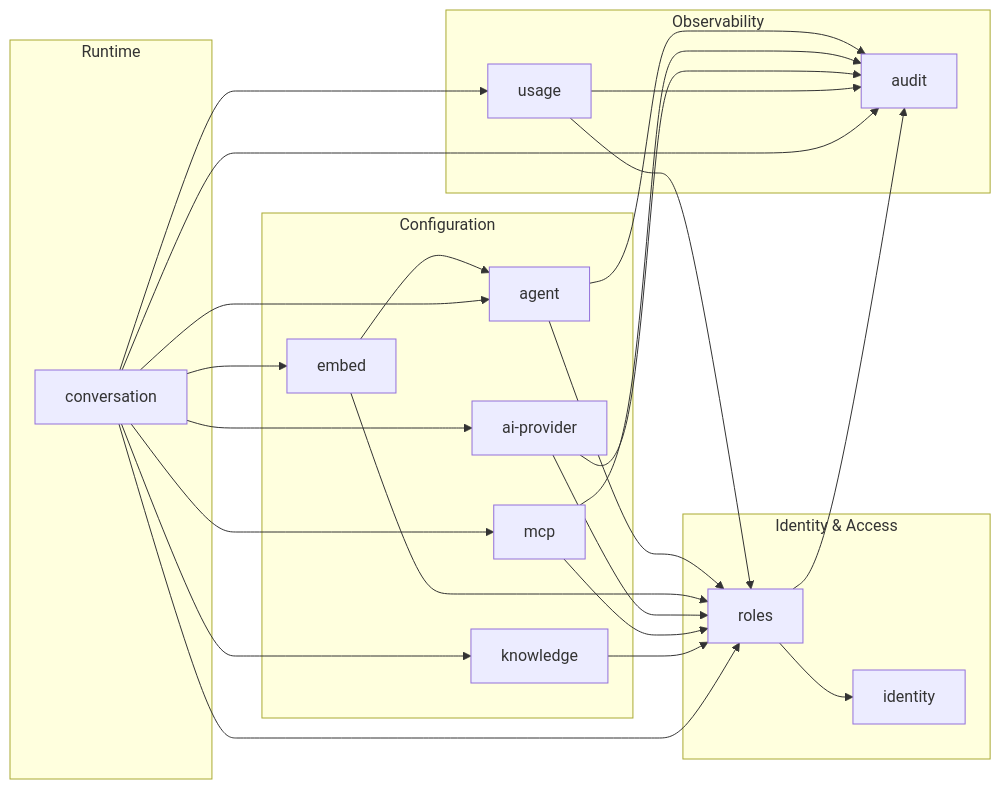
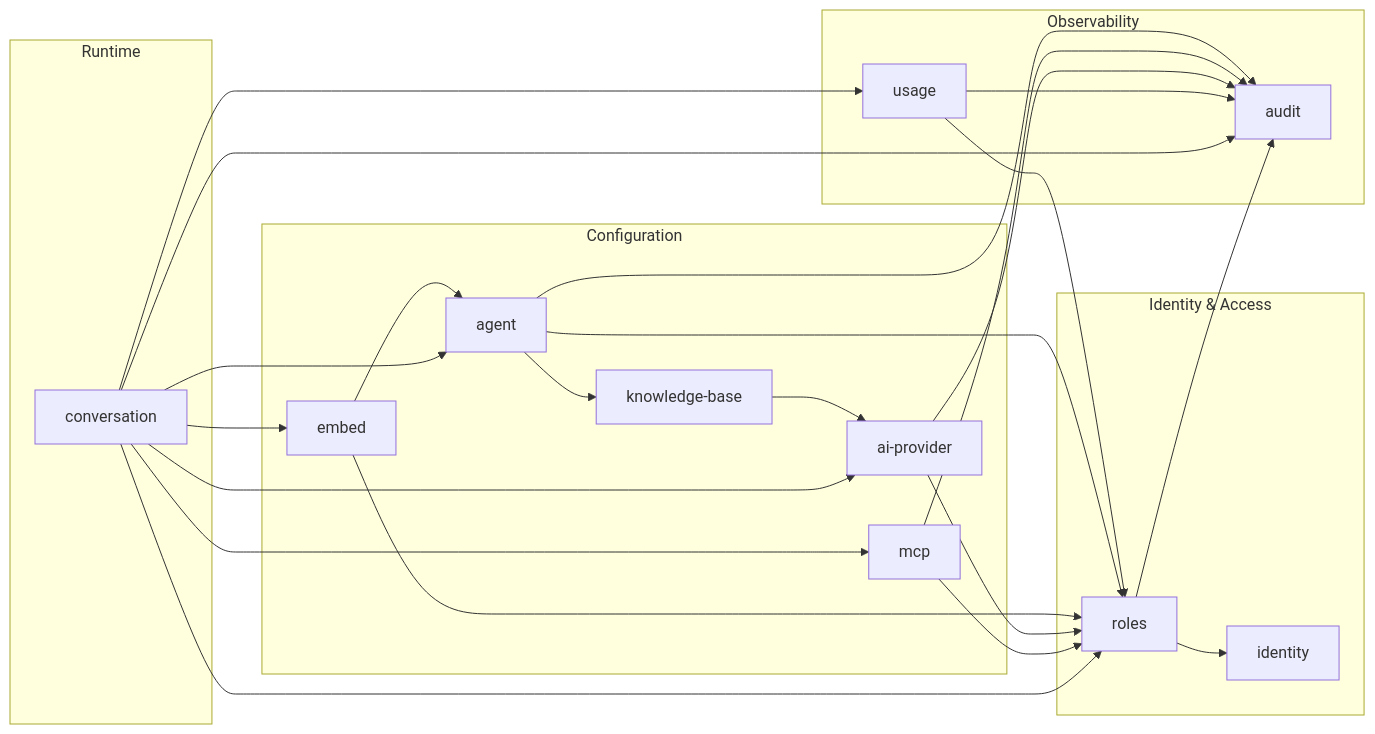
One commit to Talqo/talqo changed the diagram in docs/architecture/module-diagram.md. Above: the diagram before and after it, drawn with Mermaid. The commit also changed other lines of this file and 52 other files, not shown here.

First line of the commit message:
feat(knowledge-base): embed uploaded agent files (#66)

````diff
--- a/docs/architecture/module-diagram.md
+++ b/docs/architecture/module-diagram.md
@@ -9,49 +9,49 @@
 ```mermaid
 graph LR
     subgraph "Identity & Access"
         identity[identity]
         roles[roles]
     end
 
     subgraph "Configuration"
         agent[agent]
+        knowledge_base[knowledge-base]
         embed[embed]
         ai_provider["ai-provider"]
         mcp[mcp]
-        knowledge[knowledge]
     end
 
     subgraph "Runtime"
         conversation[conversation]
     end
 
     subgraph "Observability"
         usage[usage]
         audit[audit]
     end
 
     roles --> identity
 
     agent --> roles
+    agent --> knowledge_base
     embed --> agent
     embed --> roles
     ai_provider --> roles
     mcp --> roles
-    knowledge --> roles
+    knowledge_base --> ai_provider
     usage --> roles
 
     conversation --> embed
     conversation --> agent
     conversation --> ai_provider
     conversation --> mcp
-    conversation --> knowledge
     conversation --> usage
     conversation --> roles
 
     roles --> audit
     agent --> audit
     mcp --> audit
     ai_provider --> audit
     usage --> audit
     conversation --> audit
 ```
````
